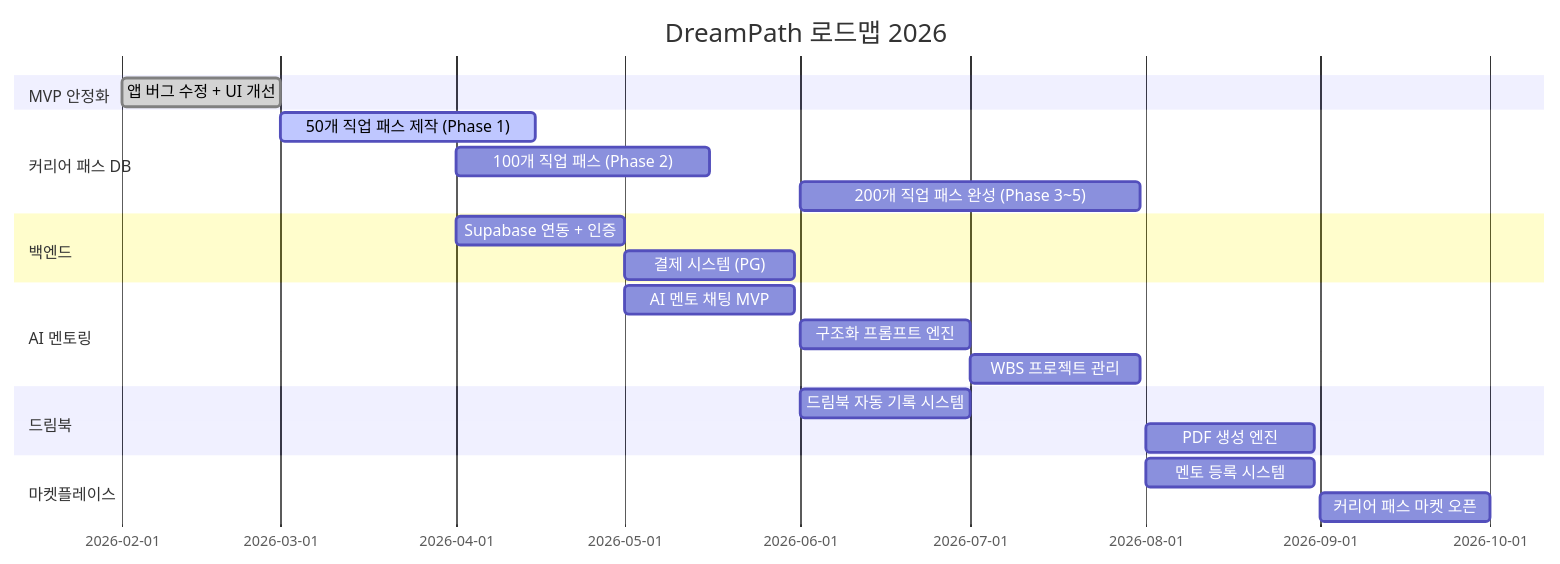
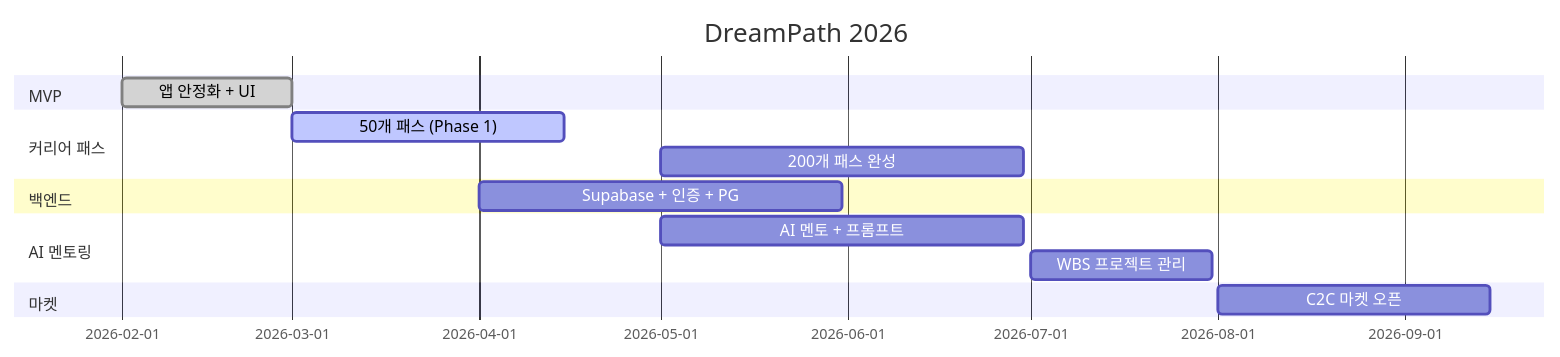
Before and after one commit to Collegenie-X/AI-career-path: the second of 2 diagrams in Readme.md, drawn with Mermaid. The commit also changed other lines of this file and 2 other files, not shown here.

````diff
--- a/Readme.md
+++ b/Readme.md
@@ -1519,24 +147,17 @@
 ```mermaid
 gantt
-    title DreamPath 로드맵 2026
+    title DreamPath 2026
     dateFormat  YYYY-MM
-    section MVP 안정화
-    앱 버그 수정 + UI 개선          :done, 2026-02, 28d
-    section 커리어 패스 DB
-    50개 직업 패스 제작 (Phase 1)    :active, 2026-03, 45d
-    100개 직업 패스 (Phase 2)       :2026-04, 45d
-    200개 직업 패스 완성 (Phase 3~5) :2026-06, 60d
+    section MVP
+    앱 안정화 + UI       :done, 2026-02, 28d
+    section 커리어 패스
+    50개 패스 (Phase 1)  :active, 2026-03, 45d
+    200개 패스 완성       :2026-05, 60d
     section 백엔드
-    Supabase 연동 + 인증            :2026-04, 30d
-    결제 시스템 (PG)                :2026-05, 30d
+    Supabase + 인증 + PG :2026-04, 60d
     section AI 멘토링
-    AI 멘토 채팅 MVP                :2026-05, 30d
-    구조화 프롬프트 엔진             :2026-06, 30d
-    WBS 프로젝트 관리               :2026-07, 30d
-    section 드림북
-    드림북 자동 기록 시스템          :2026-06, 30d
-    PDF 생성 엔진                  :2026-08, 30d
-    section 마켓플레이스
-    멘토 등록 시스템                :2026-08, 30d
-    커리어 패스 마켓 오픈            :2026-09, 30d
+    AI 멘토 + 프롬프트    :2026-05, 60d
+    WBS 프로젝트 관리     :2026-07, 30d
+    section 마켓
+    C2C 마켓 오픈         :2026-08, 45d
 ```
````
